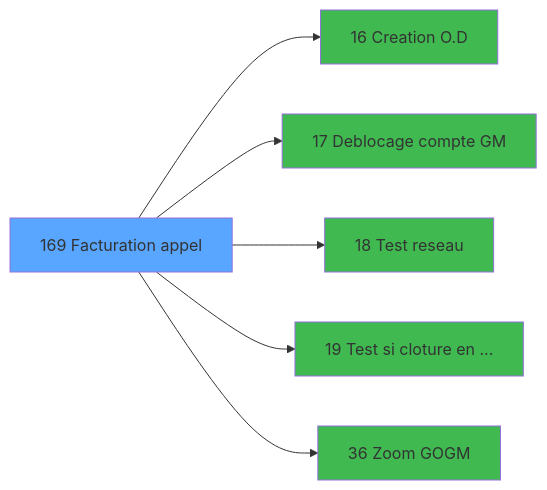
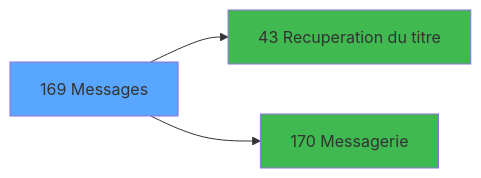
One commit to thonyAGP/lecteur-magic changed the third of 3 diagrams in .openspec/specs/ADH-IDE-169.md. Above: the diagram before and after it, drawn with Mermaid. The commit also changed other lines of this file and 493 other files, not shown here.

````diff
--- a/.openspec/specs/ADH-IDE-169.md
+++ b/.openspec/specs/ADH-IDE-169.md
@@ -389,20 +746,11 @@
 ```mermaid
 graph LR
-    T169[169 Facturation appel]
+    T169[169 Messages]
     style T169 fill:#58a6ff
-    C16[16 Creation O.D]
-    T169 --> C16
-    style C16 fill:#3fb950
-    C17[17 Deblocage compte GM]
-    T169 --> C17
-    style C17 fill:#3fb950
-    C18[18 Test reseau]
-    T169 --> C18
-    style C18 fill:#3fb950
-    C19[19 Test si cloture en ...]
-    T169 --> C19
-    style C19 fill:#3fb950
-    C36[36 Zoom GOGM]
-    T169 --> C36
-    style C36 fill:#3fb950
+    C43[43 Recuperation du titre]
+    T169 --> C43
+    style C43 fill:#3fb950
+    C170[170 Messagerie]
+    T169 --> C170
+    style C170 fill:#3fb950
 ```
````
